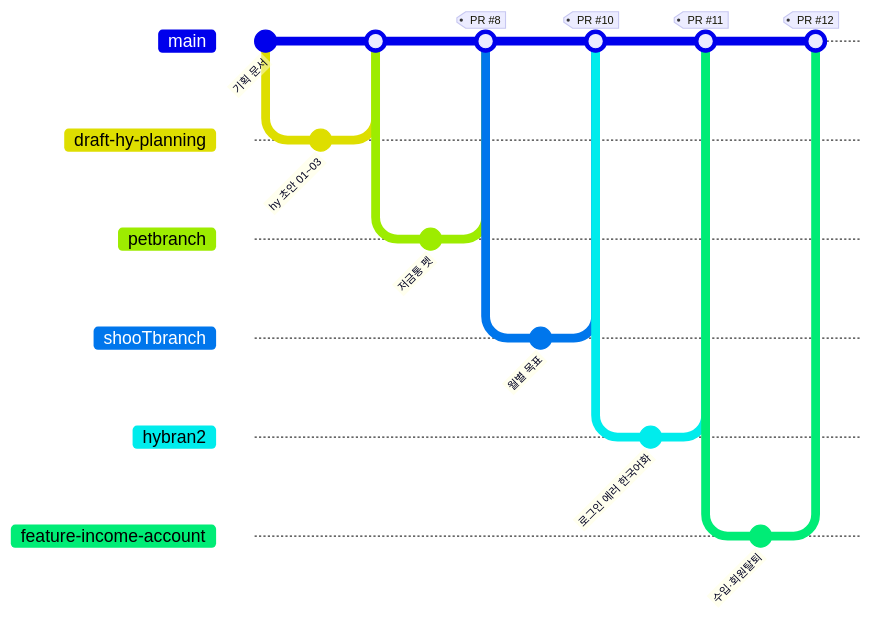
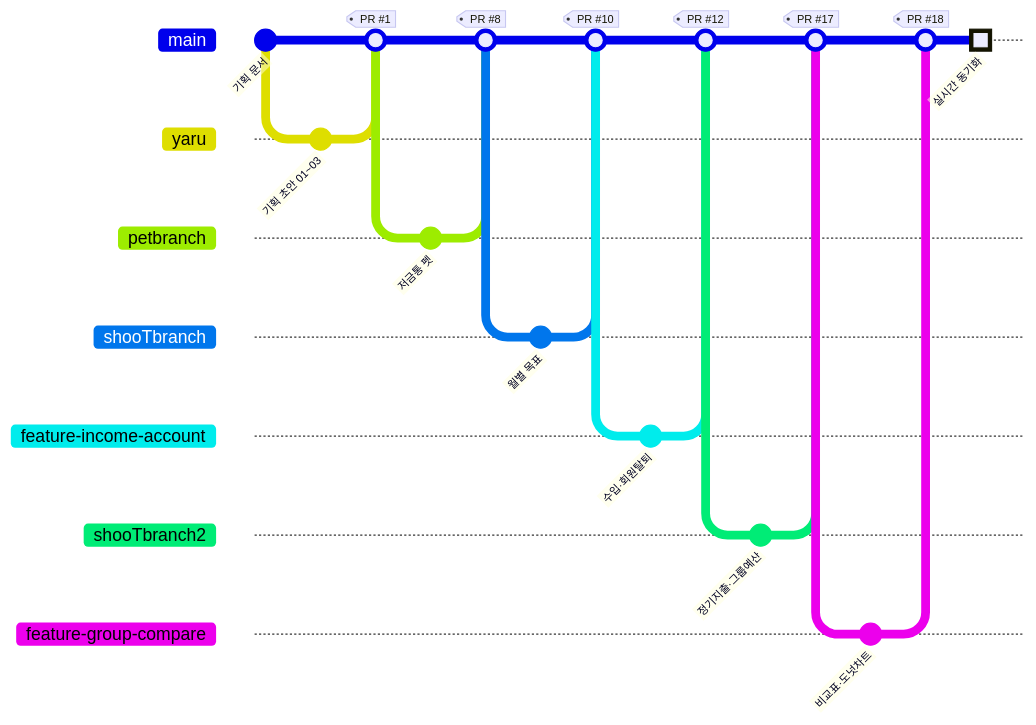
The second of 2 diagrams in README.md (SHY-wanted/module1), drawn with Mermaid before and after one commit. The commit also changed other lines of this file and 5 other files, not shown here.

````diff
--- a/README.md
+++ b/README.md
@@ -228,24 +252,29 @@
 ```mermaid
 gitGraph
     commit id: "기획 문서"
-    branch draft-hy-planning
-    commit id: "hy 초안 01~03"
+    branch yaru
+    commit id: "기획 초안 01~03"
     checkout main
-    merge draft-hy-planning
+    merge yaru tag: "PR #1"
     branch petbranch
     commit id: "저금통 펫"
     checkout main
     merge petbranch tag: "PR #8"
     branch shooTbranch
     commit id: "월별 목표"
     checkout main
     merge shooTbranch tag: "PR #10"
-    branch hybran2
-    commit id: "로그인 에러 한국어화"
-    checkout main
-    merge hybran2 tag: "PR #11"
     branch feature-income-account
     commit id: "수입·회원탈퇴"
     checkout main
     merge feature-income-account tag: "PR #12"
+    branch shooTbranch2
+    commit id: "정기지출·그룹예산"
+    checkout main
+    merge shooTbranch2 tag: "PR #17"
+    branch feature-group-compare
+    commit id: "비교표·도넛차트"
+    checkout main
+    merge feature-group-compare tag: "PR #18"
+    commit id: "실시간 동기화" type: HIGHLIGHT
 ```
````
